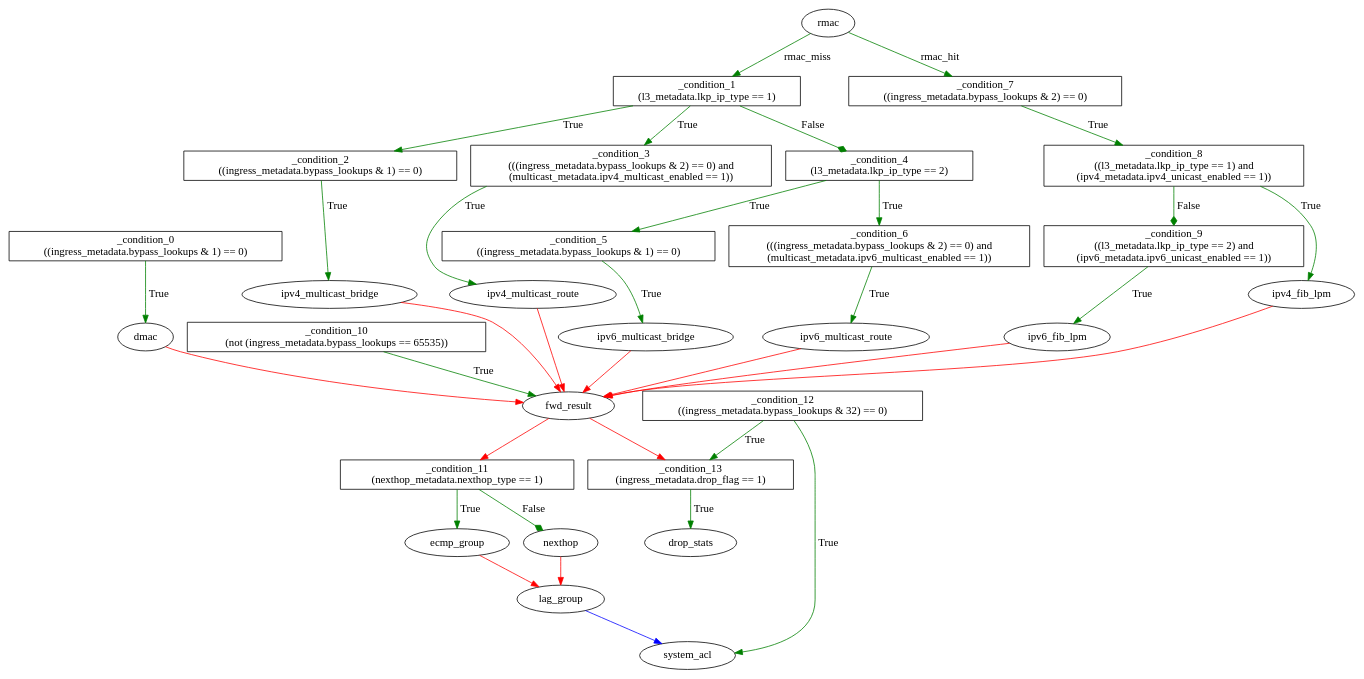
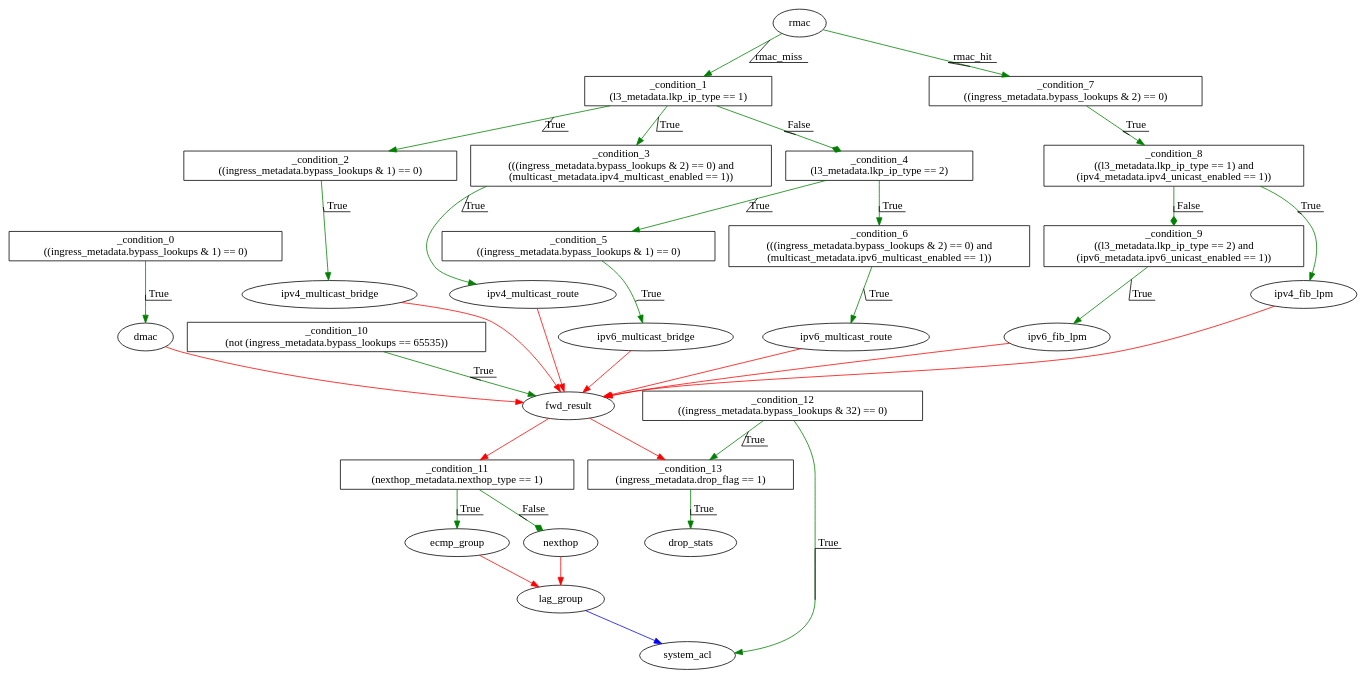
The diagram in v1.0.3/switch-subset3/out/switch.ingress.tables_dep.dot (jafingerhut/p4lang-tests), drawn with Graphviz before and after one commit. The commit also changed 156 other files, not shown here.

Commit message:
Add directories 'out-separate-ma' for separate match and action table dependency graphs

```diff
--- a/v1.0.3/switch-subset3/out/switch.ingress.tables_dep.dot
+++ b/v1.0.3/switch-subset3/out/switch.ingress.tables_dep.dot
@@ -1,54 +1,68 @@
 digraph ingress {
-_condition_0 [shape=box label="_condition_0\n((ingress_metadata.bypass_lookups & 1) == 0)"];
-_condition_1 [shape=box label="_condition_1\n(l3_metadata.lkp_ip_type == 1)"];
-_condition_10 [shape=box label="_condition_10\n(not (ingress_metadata.bypass_lookups == 65535))"];
-_condition_11 [shape=box label="_condition_11\n(nexthop_metadata.nexthop_type == 1)"];
-_condition_12 [shape=box label="_condition_12\n((ingress_metadata.bypass_lookups & 32) == 0)"];
-_condition_13 [shape=box label="_condition_13\n(ingress_metadata.drop_flag == 1)"];
-_condition_2 [shape=box label="_condition_2\n((ingress_metadata.bypass_lookups & 1) == 0)"];
-_condition_3 [shape=box label="_condition_3\n(((ingress_metadata.bypass_lookups & 2) == 0) and
+_condition_0 [ shape=box label="_condition_0\n((ingress_metadata.bypass_lookups & 1) == 0)"];
+_condition_1 [ shape=box label="_condition_1\n(l3_metadata.lkp_ip_type == 1)"];
+_condition_10 [ shape=box label="_condition_10\n(not (ingress_metadata.bypass_lookups == 65535))"];
+_condition_11 [ shape=box label="_condition_11\n(nexthop_metadata.nexthop_type == 1)"];
+_condition_12 [ shape=box label="_condition_12\n((ingress_metadata.bypass_lookups & 32) == 0)"];
+_condition_13 [ shape=box label="_condition_13\n(ingress_metadata.drop_flag == 1)"];
+_condition_2 [ shape=box label="_condition_2\n((ingress_metadata.bypass_lookups & 1) == 0)"];
+_condition_3 [ shape=box label="_condition_3\n(((ingress_metadata.bypass_lookups & 2) == 0) and
 (multicast_metadata.ipv4_multicast_enabled == 1))"];
-_condition_4 [shape=box label="_condition_4\n(l3_metadata.lkp_ip_type == 2)"];
-_condition_5 [shape=box label="_condition_5\n((ingress_metadata.bypass_lookups & 1) == 0)"];
-_condition_6 [shape=box label="_condition_6\n(((ingress_metadata.bypass_lookups & 2) == 0) and
+_condition_4 [ shape=box label="_condition_4\n(l3_metadata.lkp_ip_type == 2)"];
+_condition_5 [ shape=box label="_condition_5\n((ingress_metadata.bypass_lookups & 1) == 0)"];
+_condition_6 [ shape=box label="_condition_6\n(((ingress_metadata.bypass_lookups & 2) == 0) and
 (multicast_metadata.ipv6_multicast_enabled == 1))"];
-_condition_7 [shape=box label="_condition_7\n((ingress_metadata.bypass_lookups & 2) == 0)"];
-_condition_8 [shape=box label="_condition_8\n((l3_metadata.lkp_ip_type == 1) and
+_condition_7 [ shape=box label="_condition_7\n((ingress_metadata.bypass_lookups & 2) == 0)"];
+_condition_8 [ shape=box label="_condition_8\n((l3_metadata.lkp_ip_type == 1) and
 (ipv4_metadata.ipv4_unicast_enabled == 1))"];
-_condition_9 [shape=box label="_condition_9\n((l3_metadata.lkp_ip_type == 2) and
+_condition_9 [ shape=box label="_condition_9\n((l3_metadata.lkp_ip_type == 2) and
 (ipv6_metadata.ipv6_unicast_enabled == 1))"];
-_condition_0 -> dmac [color=green  label="True"];
-_condition_1 -> _condition_2 [color=green  label="True"];
-_condition_1 -> _condition_3 [color=green  label="True"];
-_condition_1 -> _condition_4 [color=green  label="False" arrowhead = diamond];
-_condition_10 -> fwd_result [color=green  label="True"];
-_condition_11 -> ecmp_group [color=green  label="True"];
-_condition_11 -> nexthop [color=green  label="False" arrowhead = diamond];
-_condition_12 -> _condition_13 [color=green  label="True"];
-_condition_12 -> system_acl [color=green  label="True"];
-_condition_13 -> drop_stats [color=green  label="True"];
-_condition_2 -> ipv4_multicast_bridge [color=green  label="True"];
-_condition_3 -> ipv4_multicast_route [color=green  label="True"];
-_condition_4 -> _condition_5 [color=green  label="True"];
-_condition_4 -> _condition_6 [color=green  label="True"];
-_condition_5 -> ipv6_multicast_bridge [color=green  label="True"];
-_condition_6 -> ipv6_multicast_route [color=green  label="True"];
-_condition_7 -> _condition_8 [color=green  label="True"];
-_condition_8 -> _condition_9 [color=green  label="False" arrowhead = diamond];
-_condition_8 -> ipv4_fib_lpm [color=green  label="True"];
-_condition_9 -> ipv6_fib_lpm [color=green  label="True"];
+dmac [ label="dmac"];
+drop_stats [ label="drop_stats"];
+ecmp_group [ label="ecmp_group"];
+fwd_result [ label="fwd_result"];
+ipv4_fib_lpm [ label="ipv4_fib_lpm"];
+ipv4_multicast_bridge [ label="ipv4_multicast_bridge"];
+ipv4_multicast_route [ label="ipv4_multicast_route"];
+ipv6_fib_lpm [ label="ipv6_fib_lpm"];
+ipv6_multicast_bridge [ label="ipv6_multicast_bridge"];
+ipv6_multicast_route [ label="ipv6_multicast_route"];
+lag_group [ label="lag_group"];
+nexthop [ label="nexthop"];
+rmac [ label="rmac"];
+system_acl [ label="system_acl"];
+_condition_0 -> dmac [color=green label="True" decorate=true ];
+_condition_1 -> _condition_2 [color=green label="True" decorate=true ];
+_condition_1 -> _condition_3 [color=green label="True" decorate=true ];
+_condition_1 -> _condition_4 [color=green label="False" decorate=true  arrowhead = diamond];
+_condition_10 -> fwd_result [color=green label="True" decorate=true ];
+_condition_11 -> ecmp_group [color=green label="True" decorate=true ];
+_condition_11 -> nexthop [color=green label="False" decorate=true  arrowhead = diamond];
+_condition_12 -> _condition_13 [color=green label="True" decorate=true ];
+_condition_12 -> system_acl [color=green label="True" decorate=true ];
+_condition_13 -> drop_stats [color=green label="True" decorate=true ];
+_condition_2 -> ipv4_multicast_bridge [color=green label="True" decorate=true ];
+_condition_3 -> ipv4_multicast_route [color=green label="True" decorate=true ];
+_condition_4 -> _condition_5 [color=green label="True" decorate=true ];
+_condition_4 -> _condition_6 [color=green label="True" decorate=true ];
+_condition_5 -> ipv6_multicast_bridge [color=green label="True" decorate=true ];
+_condition_6 -> ipv6_multicast_route [color=green label="True" decorate=true ];
+_condition_7 -> _condition_8 [color=green label="True" decorate=true ];
+_condition_8 -> _condition_9 [color=green label="False" decorate=true  arrowhead = diamond];
+_condition_8 -> ipv4_fib_lpm [color=green label="True" decorate=true ];
+_condition_9 -> ipv6_fib_lpm [color=green label="True" decorate=true ];
 dmac -> fwd_result [color=red ];
 ecmp_group -> lag_group [color=red ];
 fwd_result -> _condition_11 [color=red ];
 fwd_result -> _condition_13 [color=red ];
 ipv4_fib_lpm -> fwd_result [color=red ];
 ipv4_multicast_bridge -> fwd_result [color=red ];
 ipv4_multicast_route -> fwd_result [color=red ];
 ipv6_fib_lpm -> fwd_result [color=red ];
 ipv6_multicast_bridge -> fwd_result [color=red ];
 ipv6_multicast_route -> fwd_result [color=red ];
 lag_group -> system_acl [color=blue ];
 nexthop -> lag_group [color=red ];
-rmac -> _condition_1 [color=green  label="rmac_miss"];
-rmac -> _condition_7 [color=green  label="rmac_hit"];
+rmac -> _condition_1 [color=green label="rmac_miss" decorate=true ];
+rmac -> _condition_7 [color=green label="rmac_hit" decorate=true ];
 }
```
